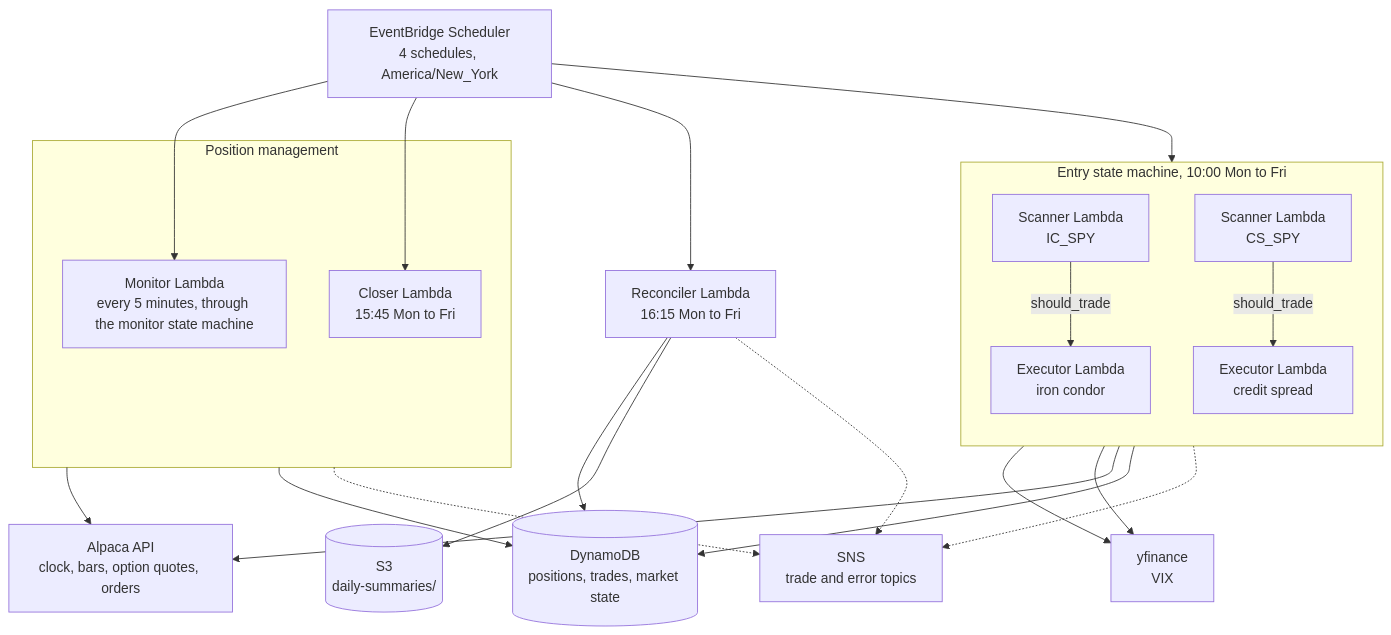
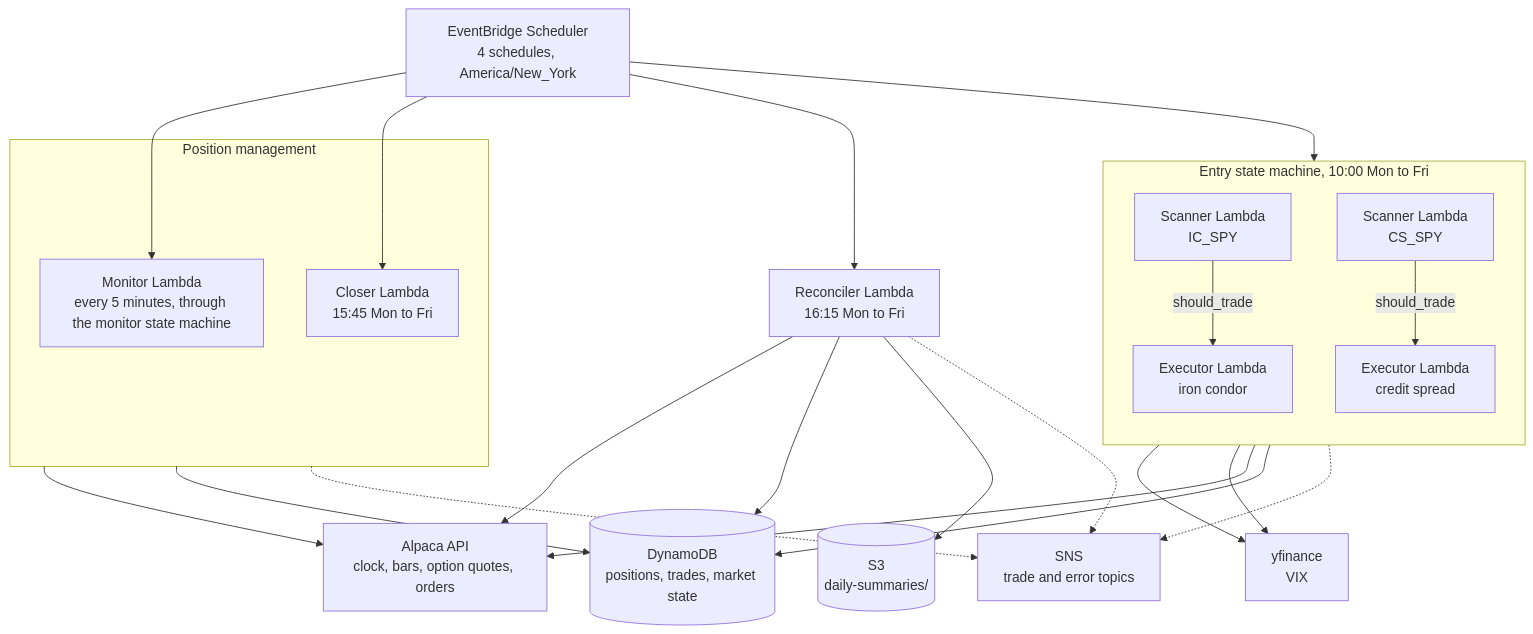
One commit to darblinko/spy-0dte-spreads changed the diagram in README.md. Above: the diagram before and after it, drawn with Mermaid. The commit also changed other lines of this file and 4 other files, not shown here.

````diff
--- a/README.md
+++ b/README.md
@@ -34,35 +36,36 @@
 ```mermaid
 flowchart TB
   sched["EventBridge Scheduler<br/>4 schedules, America/New_York"]
 
   subgraph entry["Entry state machine, 10:00 Mon to Fri"]
     direction TB
     scanIC["Scanner Lambda<br/>IC_SPY"] -- should_trade --> execIC["Executor Lambda<br/>iron condor"]
     scanCS["Scanner Lambda<br/>CS_SPY"] -- should_trade --> execCS["Executor Lambda<br/>credit spread"]
   end
   subgraph manage["Position management"]
     monitor["Monitor Lambda<br/>every 5 minutes, through the monitor state machine"]
     closer["Closer Lambda<br/>15:45 Mon to Fri"]
   end
   recon["Reconciler Lambda<br/>16:15 Mon to Fri"]
 
   sched --> entry
   sched --> monitor
   sched --> closer
   sched --> recon
 
   yf["yfinance<br/>VIX"]
   alpaca["Alpaca API<br/>clock, bars, option quotes, orders"]
   ddb[("DynamoDB<br/>positions, trades, market state")]
   s3[("S3<br/>daily-summaries/")]
   sns["SNS<br/>trade and error topics"]
 
   scanIC & scanCS --> yf
   entry --> alpaca
   manage --> alpaca
   entry --> ddb
   manage --> ddb
+  recon --> alpaca
   recon --> ddb
   recon --> s3
   entry & manage & recon -.-> sns
 ```
````
